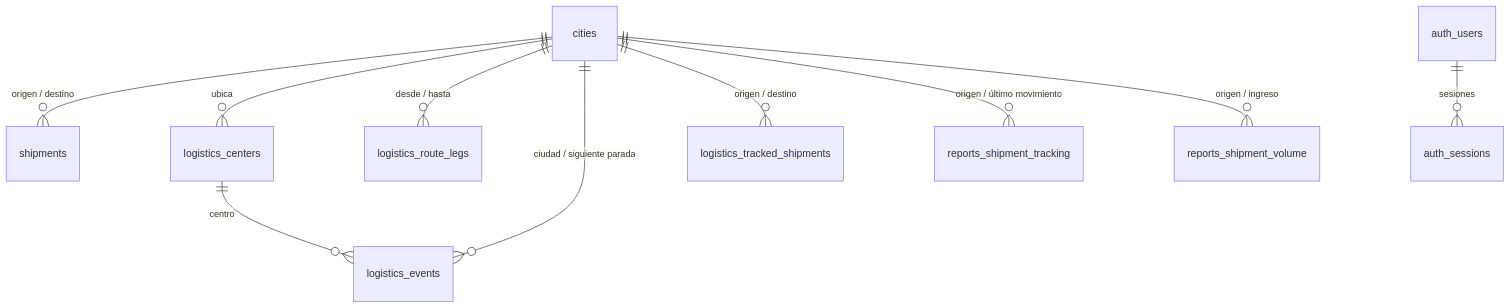
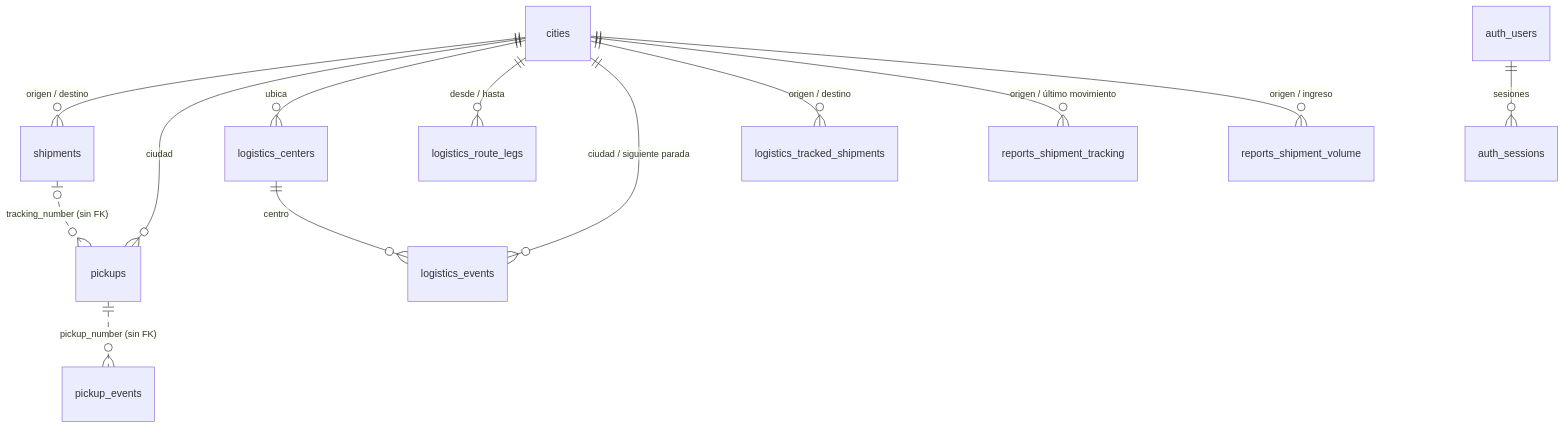
Before and after one commit to TrackflowFE/trackflow-database: the diagram in README.md, drawn with Mermaid. The commit also changed other lines of this file and 2 other files, not shown here.

````diff
--- a/README.md
+++ b/README.md
@@ -28,12 +28,15 @@
 ```mermaid
 erDiagram
     cities ||--o{ shipments : "origen / destino"
+    cities ||--o{ pickups : ciudad
+    pickups ||..o{ pickup_events : "pickup_number (sin FK)"
+    shipments o|..o{ pickups : "tracking_number (sin FK)"
     cities ||--o{ logistics_centers : ubica
     cities ||--o{ logistics_route_legs : "desde / hasta"
     cities ||--o{ logistics_events : "ciudad / siguiente parada"
     cities ||--o{ logistics_tracked_shipments : "origen / destino"
     cities ||--o{ reports_shipment_tracking : "origen / último movimiento"
     cities ||--o{ reports_shipment_volume : "origen / ingreso"
     logistics_centers ||--o{ logistics_events : centro
     auth_users ||--o{ auth_sessions : sesiones
 ```
````
